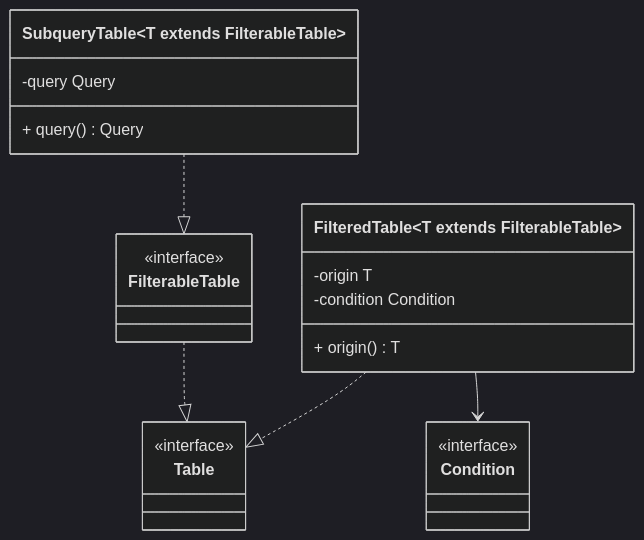
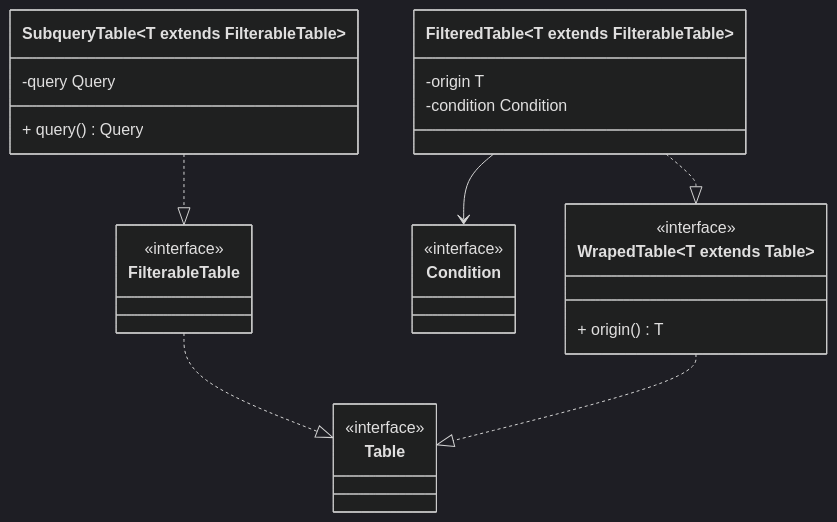
Before and after one commit to safarislava/QueryBricks: the third of 10 diagrams in docs/domain.md, drawn with Mermaid (dark theme). The commit also changed other lines of this file, not shown here.

Commit message:
docs: Add interface for origin method

````diff
--- a/docs/domain.md
+++ b/docs/domain.md
@@ -51,29 +61,34 @@
 ```mermaid
 classDiagram
     class Table {
         <<interface>>
     }
 
     class FilterableTable {
         <<interface>>
     }
     FilterableTable ..|> Table
 
     class Condition {
         <<interface>>
     }
 
+    class WrapedTable~T extends Table~ {
+        <<interface>>
+        + origin() T
+    }
+    WrapedTable ..|> Table
+
     class FilteredTable~T extends FilterableTable~ {
         -origin T
         -condition Condition
-        + origin() T
     }
-    FilteredTable ..|> Table
+    FilteredTable ..|> WrapedTable~T~
     FilteredTable --> Condition
 
     class SubqueryTable~T extends FilterableTable~ {
         -query Query
         + query() Query
     }
     SubqueryTable ..|> FilterableTable
 ```
````
